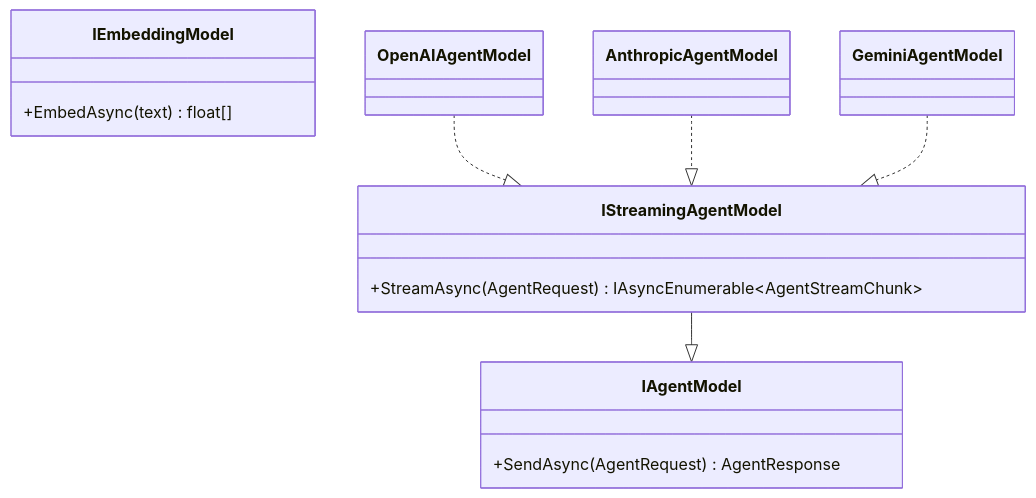
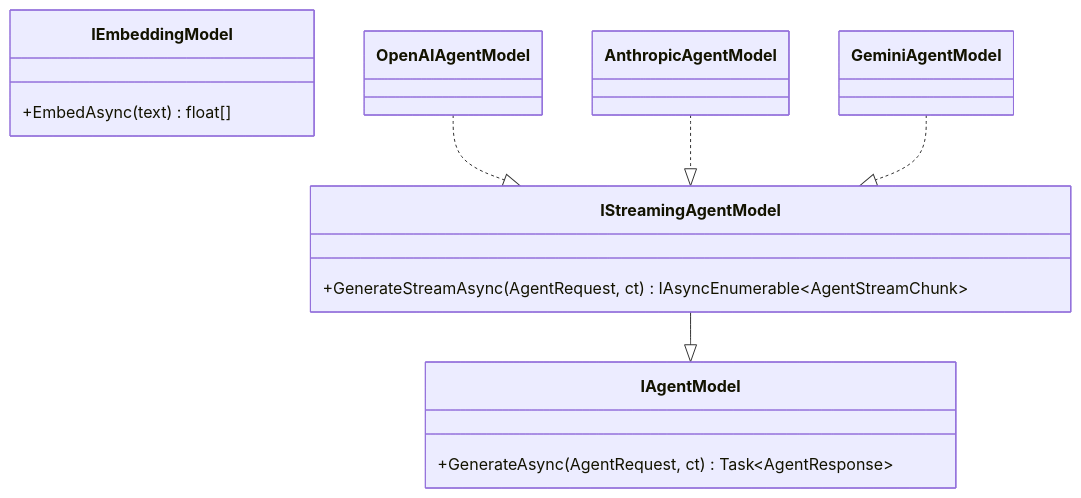
One commit to sevensamurai/Ananke changed the first of 3 diagrams in architecture/agents.md. Above: the diagram before and after it, drawn with Mermaid. The commit also changed other lines of this file and 61 other files, not shown here.

````diff
--- a/architecture/agents.md
+++ b/architecture/agents.md
@@ -9,17 +9,17 @@
 ```mermaid
 classDiagram
     class IAgentModel {
-        +SendAsync(AgentRequest) AgentResponse
+        +GenerateAsync(AgentRequest, ct) Task~AgentResponse~
     }
     class IStreamingAgentModel {
-        +StreamAsync(AgentRequest) IAsyncEnumerable~AgentStreamChunk~
+        +GenerateStreamAsync(AgentRequest, ct) IAsyncEnumerable~AgentStreamChunk~
     }
     class IEmbeddingModel {
         +EmbedAsync(text) float[]
     }
 
     IStreamingAgentModel --|> IAgentModel
     OpenAIAgentModel ..|> IStreamingAgentModel
     AnthropicAgentModel ..|> IStreamingAgentModel
     GeminiAgentModel ..|> IStreamingAgentModel
 ```
````
